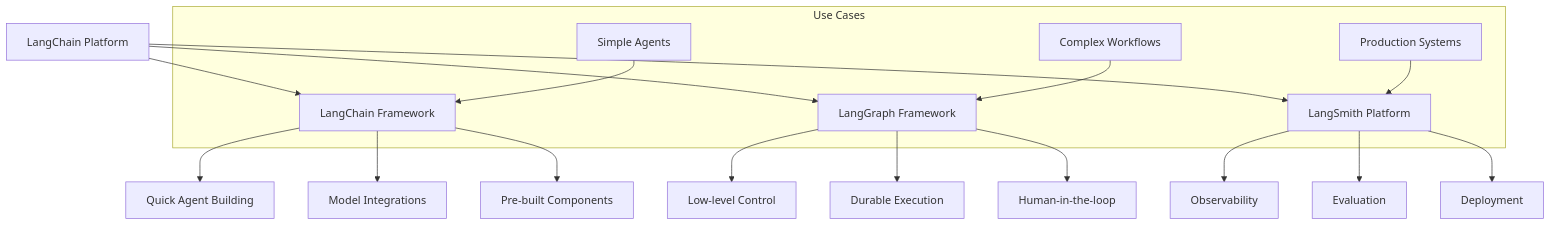
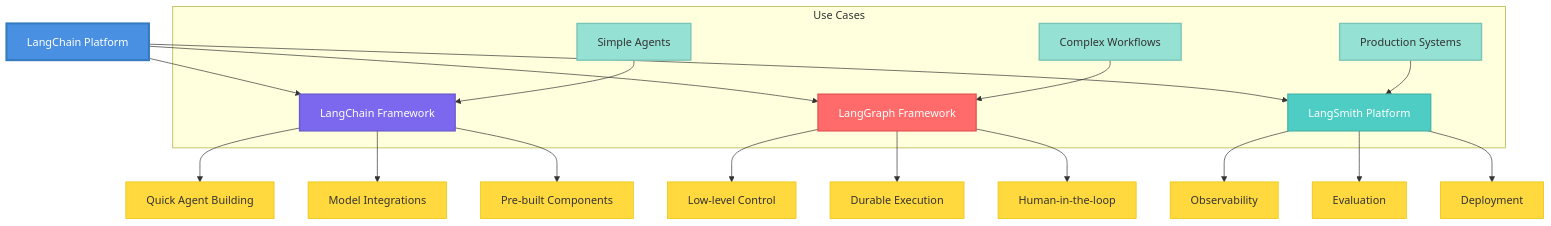
The first of 3 diagrams in pages/part1-foundations/chapter1_01.mdx (deepakkamboj/langchain-in-action), drawn with Mermaid before and after one commit. The commit also changed other lines of this file, not shown here.

````diff
--- a/pages/part1-foundations/chapter1_01.mdx
+++ b/pages/part1-foundations/chapter1_01.mdx
@@ -36,24 +36,39 @@
 ```mermaid
 flowchart TD
     A[LangChain Platform] --> B[LangChain Framework]
     A --> C[LangGraph Framework]
     A --> D[LangSmith Platform]
 
     B --> E[Quick Agent Building]
     B --> F[Model Integrations]
     B --> G[Pre-built Components]
 
     C --> H[Low-level Control]
     C --> I[Durable Execution]
     C --> J[Human-in-the-loop]
 
     D --> K[Observability]
     D --> L[Evaluation]
     D --> M[Deployment]
 
     subgraph "Use Cases"
     N[Simple Agents] --> B
     O[Complex Workflows] --> C
     P[Production Systems] --> D
     end
+
+    %% Color styling
+    classDef platform fill:#4a90e2,stroke:#357abd,stroke-width:3px,color:#fff
+    classDef framework fill:#7b68ee,stroke:#6a5acd,stroke-width:2px,color:#fff
+    classDef langgraph fill:#ff6b6b,stroke:#e55555,stroke-width:2px,color:#fff
+    classDef langsmith fill:#4ecdc4,stroke:#45b7aa,stroke-width:2px,color:#fff
+    classDef features fill:#ffd93d,stroke:#e6c200,stroke-width:1px,color:#333
+    classDef usecases fill:#95e1d3,stroke:#7bc4b8,stroke-width:2px,color:#333
+
+    class A platform
+    class B framework
+    class C langgraph
+    class D langsmith
+    class E,F,G,H,I,J,K,L,M features
+    class N,O,P usecases
 ```
````
